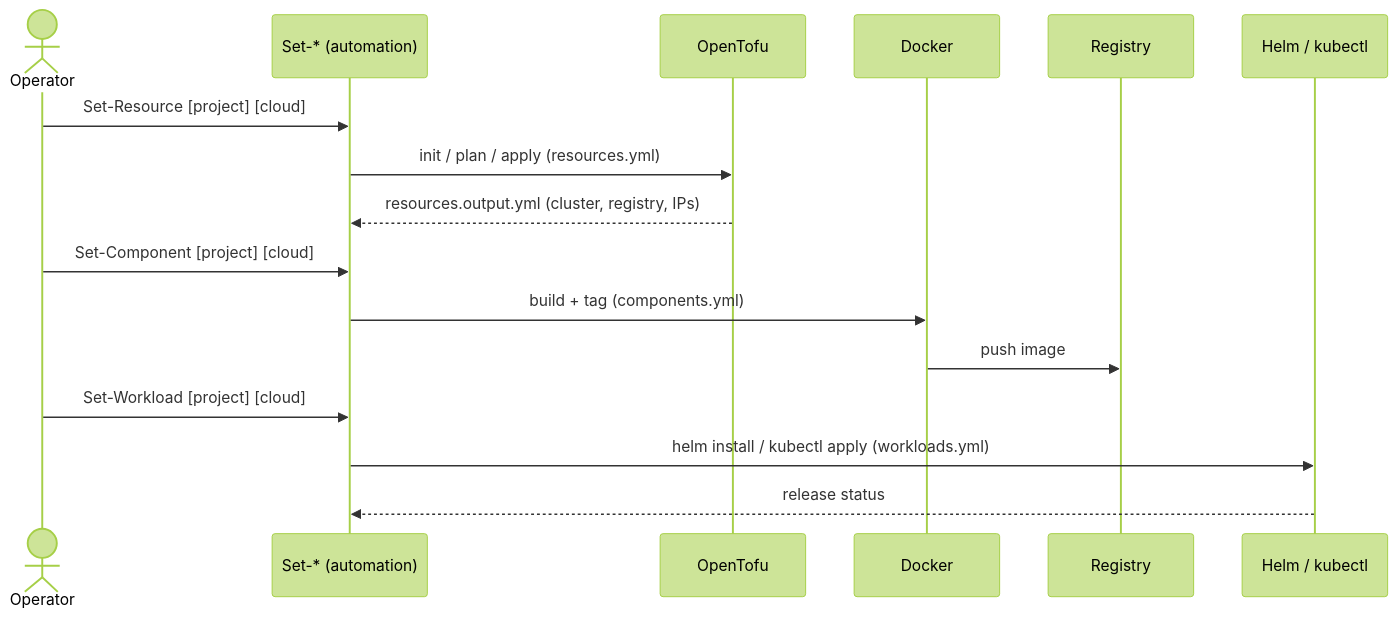
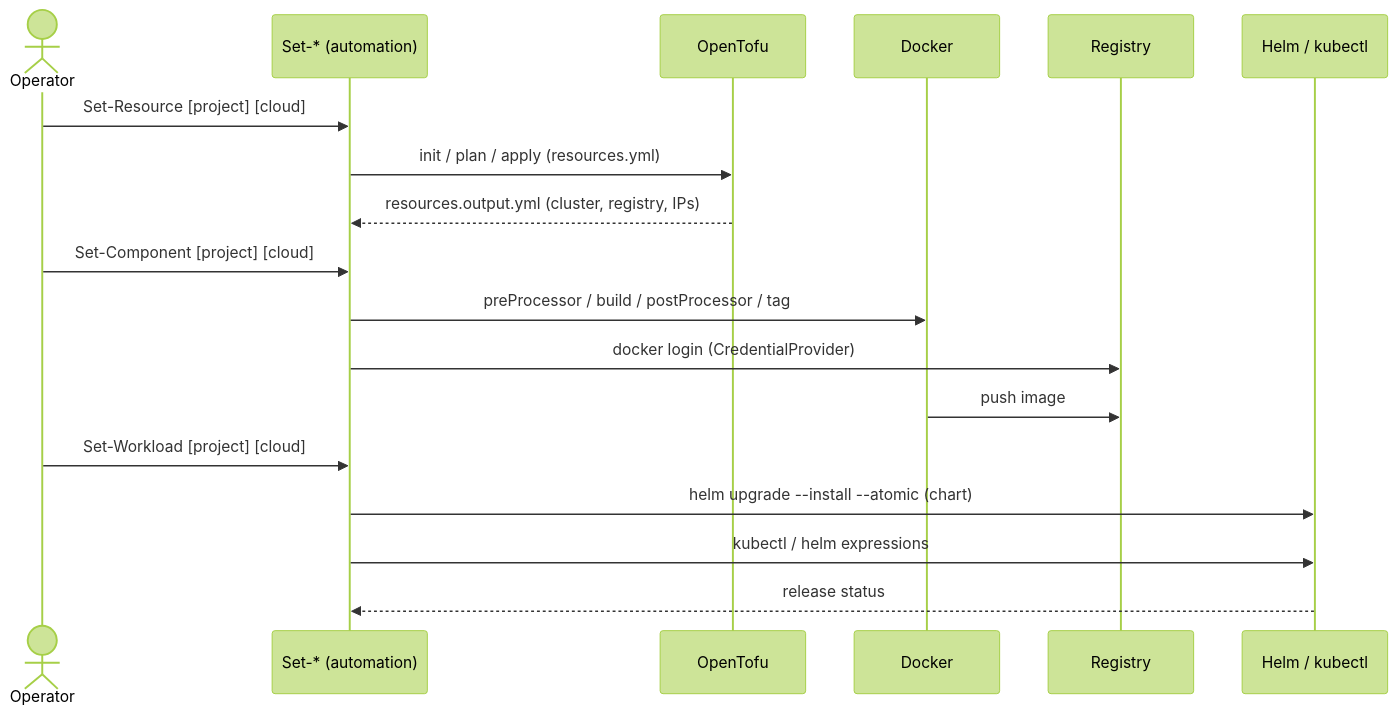
One commit to alissonsol/yuruna changed the first of 4 diagrams in docs/design/03-data-flows.md. Above: the diagram before and after it, drawn with Mermaid (forest theme). The commit also changed other lines of this file and 536 other files, not shown here.

````diff
--- a/docs/design/03-data-flows.md
+++ b/docs/design/03-data-flows.md
@@ -13,19 +14,21 @@
 ```mermaid
 sequenceDiagram
     actor Operator
     participant Engine as Set-* (automation)
     participant Tofu as OpenTofu
     participant Docker
     participant Registry
     participant Cluster as Helm / kubectl
 
     Operator->>Engine: Set-Resource [project] [cloud]
     Engine->>Tofu: init / plan / apply (resources.yml)
     Tofu-->>Engine: resources.output.yml (cluster, registry, IPs)
     Operator->>Engine: Set-Component [project] [cloud]
-    Engine->>Docker: build + tag (components.yml)
+    Engine->>Docker: preProcessor / build / postProcessor / tag
+    Engine->>Registry: docker login (CredentialProvider)
     Docker->>Registry: push image
     Operator->>Engine: Set-Workload [project] [cloud]
-    Engine->>Cluster: helm install / kubectl apply (workloads.yml)
+    Engine->>Cluster: helm upgrade --install --atomic (chart)
+    Engine->>Cluster: kubectl / helm expressions
     Cluster-->>Engine: release status
 ```
````
